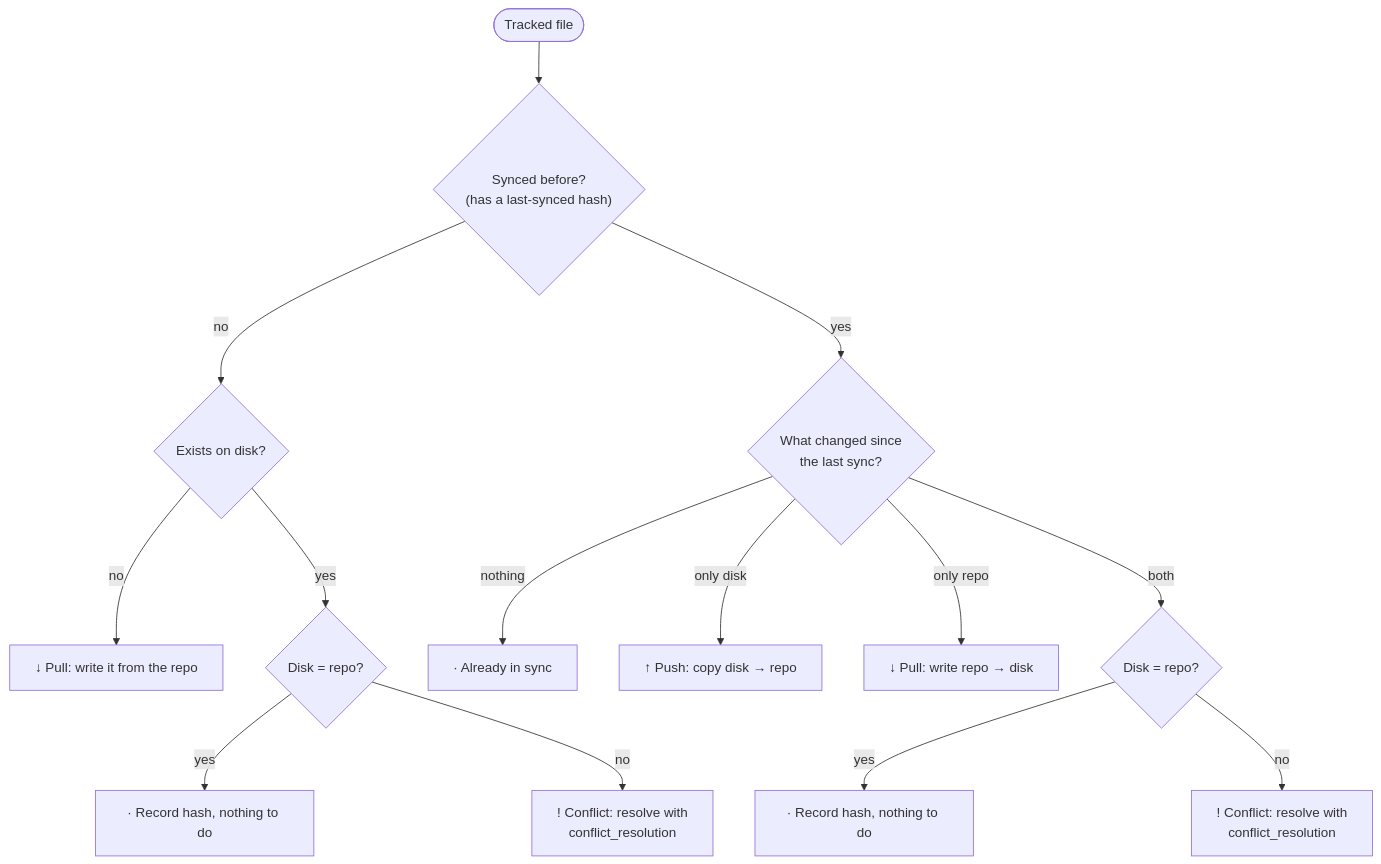
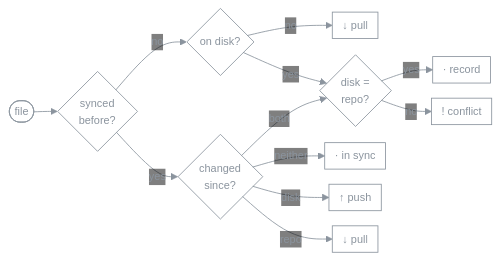
The fourth of 4 diagrams in README.md (denomolo/dotsync), drawn with Mermaid before and after one commit. The commit also changed other lines of this file, not shown here.

First line of the commit message:
README: move "How it works" to the end, compact the diagrams

````diff
--- a/README.md
+++ b/README.md
@@ -68,18 +350,15 @@
 ```mermaid
-flowchart TD
-    f(["Tracked file"]) --> known{"Synced before?<br/>(has a last-synced hash)"}
-
-    known -- no --> ondisk{"Exists on disk?"}
-    ondisk -- no --> pullnew["↓ Pull: write it from the repo"]
-    ondisk -- yes --> samenew{"Disk = repo?"}
-    samenew -- yes --> recordnew["· Record hash, nothing to do"]
-    samenew -- no --> conflictnew["! Conflict: resolve with<br/>conflict_resolution"]
-
-    known -- yes --> changed{"What changed since<br/>the last sync?"}
-    changed -- "nothing" --> nothing["· Already in sync"]
-    changed -- "only disk" --> push["↑ Push: copy disk → repo"]
-    changed -- "only repo" --> pull["↓ Pull: write repo → disk"]
-    changed -- "both" --> same{"Disk = repo?"}
-    same -- yes --> record["· Record hash, nothing to do"]
-    same -- no --> conflict["! Conflict: resolve with<br/>conflict_resolution"]
+%%{init: {"theme": "base", "themeVariables": {"background": "#00000000", "primaryColor": "#00000000", "mainBkg": "#00000000", "secondaryColor": "#00000000", "tertiaryColor": "#00000000", "clusterBkg": "#00000000", "edgeLabelBackground": "#00000000", "primaryBorderColor": "#8b949e", "lineColor": "#8b949e", "primaryTextColor": "#8b949e", "textColor": "#8b949e", "fontSize": "13px"}, "themeCSS": ".edgeLabel, .edgeLabel p, .edgeLabel span, .labelBkg { background-color: transparent !important; } .edgeLabel rect { fill: transparent !important; }", "flowchart": {"nodeSpacing": 18, "rankSpacing": 28, "padding": 6, "diagramPadding": 4}}}%%
+flowchart LR
+    f(["file"]) --> known{"synced<br/>before?"}
+    known -- no --> ondisk{"on disk?"}
+    ondisk -- no --> pullnew["↓ pull"]
+    ondisk -- yes --> same
+    known -- yes --> changed{"changed<br/>since?"}
+    changed -- neither --> nothing["· in sync"]
+    changed -- disk --> push["↑ push"]
+    changed -- repo --> pull["↓ pull"]
+    changed -- both --> same{"disk =<br/>repo?"}
+    same -- yes --> rec["· record"]
+    same -- no --> conf["! conflict"]
 ```
````
